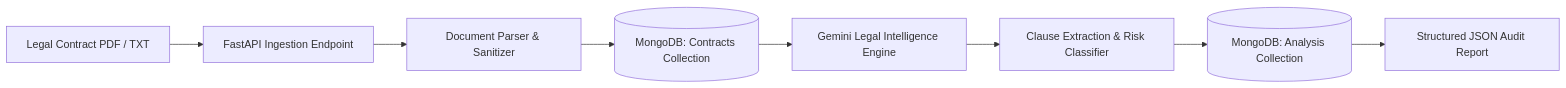
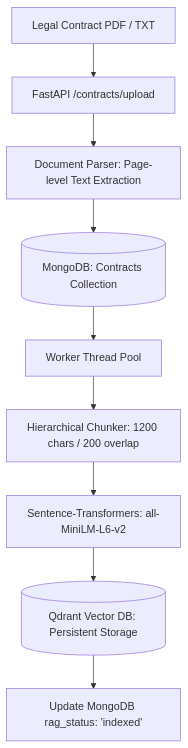
One commit to awasthypranshu/Lexiscan-Highlighting-automated-legal-parsing-and-intelligence. changed the first of 2 diagrams in README.md. Above: the diagram before and after it, drawn with Mermaid. The commit also changed other lines of this file, not shown here.

Commit message:
docs: update README with contract RAG architecture, endpoints, and testing guide

````diff
--- a/README.md
+++ b/README.md
@@ -25,10 +33,11 @@
 ```mermaid
-flowchart LR
-    A[Legal Contract PDF / TXT] --> B[FastAPI Ingestion Endpoint]
-    B --> C[Document Parser & Sanitizer]
+flowchart TD
+    A[Legal Contract PDF / TXT] --> B[FastAPI /contracts/upload]
+    B --> C[Document Parser: Page-level Text Extraction]
     C --> D[(MongoDB: Contracts Collection)]
-    D --> E[Gemini Legal Intelligence Engine]
-    E --> F[Clause Extraction & Risk Classifier]
-    F --> G[(MongoDB: Analysis Collection)]
-    G --> H[Structured JSON Audit Report]
+    D --> E[Worker Thread Pool]
+    E --> F[Hierarchical Chunker: 1200 chars / 200 overlap]
+    F --> G[Sentence-Transformers: all-MiniLM-L6-v2]
+    G --> H[(Qdrant Vector DB: Persistent Storage)]
+    H --> I[Update MongoDB rag_status: 'indexed']
 ```
````
